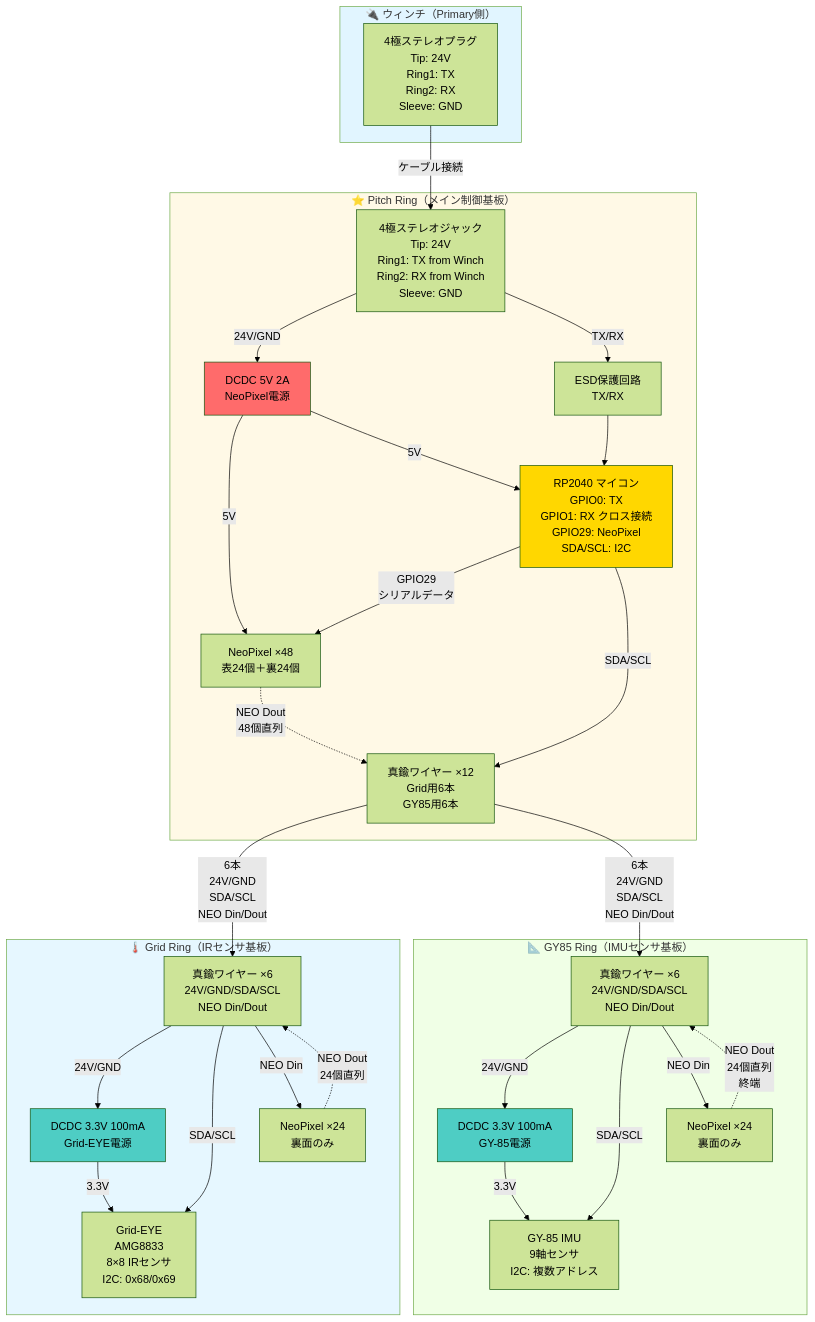
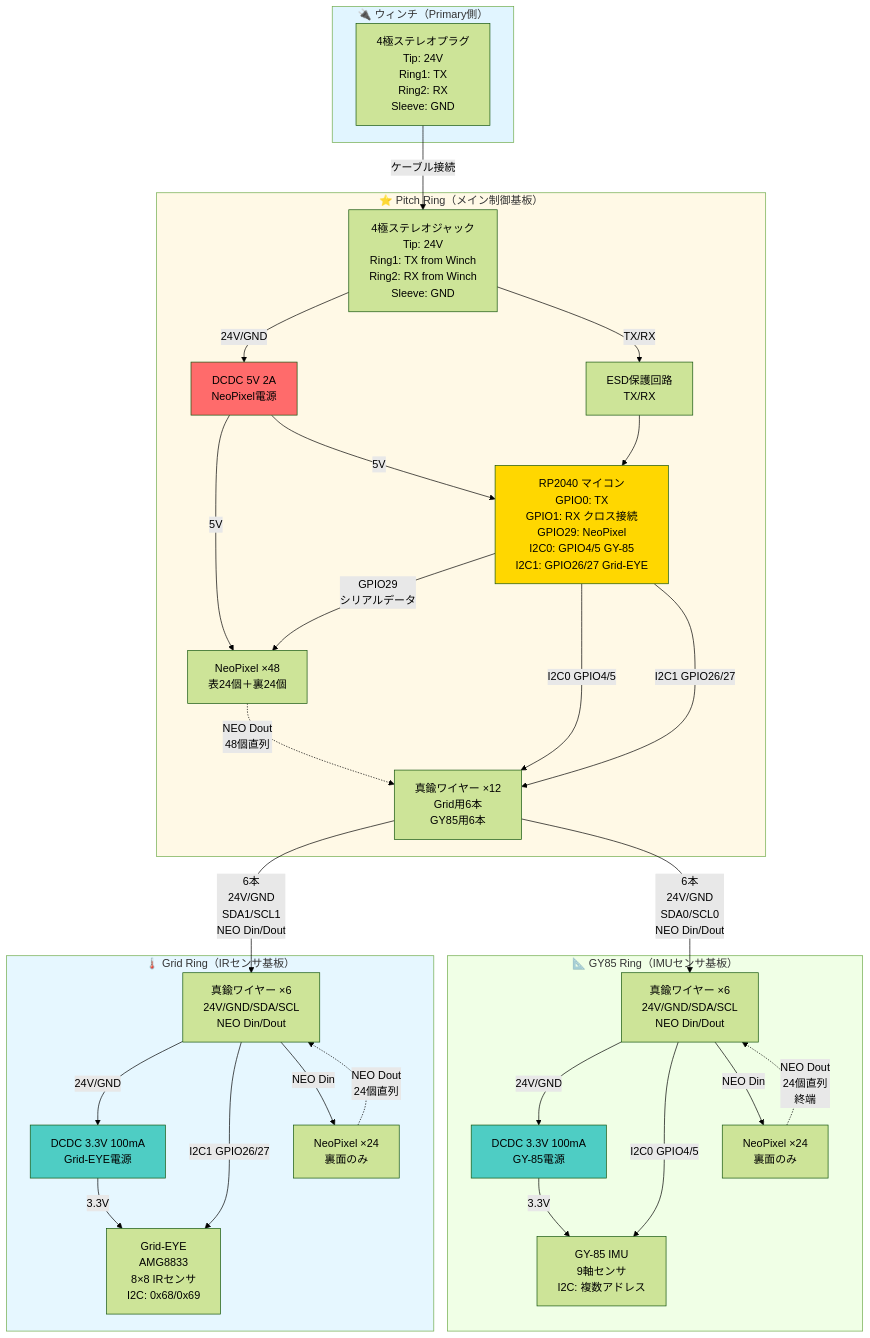
One commit to kyopan/FU-Nagoya changed the diagram in docs/tasks/evaluation-board-design.md. Above: the diagram before and after it, drawn with Mermaid (forest theme). The commit also changed other lines of this file and 1 other file, not shown here.

Commit message:
docs: add I2C pin assignments to evaluation board specs
- Add I2C0 (GPIO4/5) for GY-85 sensor
- Add I2C1 (GPIO26/27) for Grid-EYE sensor
- Update Mermaid diagram with separate I2C buses
- Update hardware specifications with detailed pin assignments
- Update wire signal details with GPIO numbers
- Clarify Pitch Ring has 12 wires (6 to Grid Ring + 6 to GY85 Ring)

🤖 Generated with [Claude Code](https://claude.com/claude-code)

````diff
--- a/docs/tasks/evaluation-board-design.md
+++ b/docs/tasks/evaluation-board-design.md
@@ -89,69 +89,70 @@
 ```mermaid
 graph TB
     subgraph Winch["🔌 ウィンチ（Primary側）"]
         WinchOut[4極ステレオプラグ<br/>Tip: 24V<br/>Ring1: TX<br/>Ring2: RX<br/>Sleeve: GND]
     end
 
     subgraph PitchRing["⭐ Pitch Ring（メイン制御基板）"]
         Jack[4極ステレオジャック<br/>Tip: 24V<br/>Ring1: TX from Winch<br/>Ring2: RX from Winch<br/>Sleeve: GND]
-        RP2040[RP2040 マイコン<br/>GPIO0: TX<br/>GPIO1: RX クロス接続<br/>GPIO29: NeoPixel<br/>SDA/SCL: I2C]
+        RP2040[RP2040 マイコン<br/>GPIO0: TX<br/>GPIO1: RX クロス接続<br/>GPIO29: NeoPixel<br/>I2C0: GPIO4/5 GY-85<br/>I2C1: GPIO26/27 Grid-EYE]
         DCDC5V[DCDC 5V 2A<br/>NeoPixel電源]
         NeoPitch[NeoPixel ×48<br/>表24個＋裏24個]
         WirePitch[真鍮ワイヤー ×12<br/>Grid用6本<br/>GY85用6本]
         ESD[ESD保護回路<br/>TX/RX]
     end
 
     subgraph GridRing["🌡️ Grid Ring（IRセンサ基板）"]
         WireGrid[真鍮ワイヤー ×6<br/>24V/GND/SDA/SCL<br/>NEO Din/Dout]
         DCDC3V_G[DCDC 3.3V 100mA<br/>Grid-EYE電源]
         GridEye[Grid-EYE<br/>AMG8833<br/>8×8 IRセンサ<br/>I2C: 0x68/0x69]
         NeoGrid[NeoPixel ×24<br/>裏面のみ]
     end
 
     subgraph GY85Ring["📐 GY85 Ring（IMUセンサ基板）"]
         WireGY[真鍮ワイヤー ×6<br/>24V/GND/SDA/SCL<br/>NEO Din/Dout]
         DCDC3V_GY[DCDC 3.3V 100mA<br/>GY-85電源]
         GY85[GY-85 IMU<br/>9軸センサ<br/>I2C: 複数アドレス]
         NeoGY[NeoPixel ×24<br/>裏面のみ]
     end
 
     %% ウィンチ → Pitch Ring
     WinchOut -->|ケーブル接続| Jack
     Jack -->|24V/GND| DCDC5V
     Jack -->|TX/RX| ESD
     ESD --> RP2040
 
     %% Pitch Ring内部
     DCDC5V -->|5V| NeoPitch
     DCDC5V -->|5V| RP2040
     RP2040 -->|GPIO29<br/>シリアルデータ| NeoPitch
-    RP2040 -->|SDA/SCL| WirePitch
+    RP2040 -->|I2C0 GPIO4/5| WirePitch
+    RP2040 -->|I2C1 GPIO26/27| WirePitch
 
     %% Pitch Ring → Grid Ring
-    WirePitch -->|6本<br/>24V/GND<br/>SDA/SCL<br/>NEO Din/Dout| WireGrid
+    WirePitch -->|6本<br/>24V/GND<br/>SDA1/SCL1<br/>NEO Din/Dout| WireGrid
     WireGrid -->|24V/GND| DCDC3V_G
-    WireGrid -->|SDA/SCL| GridEye
+    WireGrid -->|I2C1 GPIO26/27| GridEye
     WireGrid -->|NEO Din| NeoGrid
     DCDC3V_G -->|3.3V| GridEye
 
     %% Pitch Ring → GY85 Ring
-    WirePitch -->|6本<br/>24V/GND<br/>SDA/SCL<br/>NEO Din/Dout| WireGY
+    WirePitch -->|6本<br/>24V/GND<br/>SDA0/SCL0<br/>NEO Din/Dout| WireGY
     WireGY -->|24V/GND| DCDC3V_GY
-    WireGY -->|SDA/SCL| GY85
+    WireGY -->|I2C0 GPIO4/5| GY85
     WireGY -->|NEO Din| NeoGY
     DCDC3V_GY -->|3.3V| GY85
 
     %% NeoPixelチェーン
     NeoPitch -.->|NEO Dout<br/>48個直列| WirePitch
     NeoGrid -.->|NEO Dout<br/>24個直列| WireGrid
     NeoGY -.->|NEO Dout<br/>24個直列<br/>終端| WireGY
 
     style Winch fill:#e1f5ff
     style PitchRing fill:#fff9e6
     style GridRing fill:#e6f7ff
     style GY85Ring fill:#f0ffe6
     style RP2040 fill:#ffd700
     style DCDC5V fill:#ff6b6b
     style DCDC3V_G fill:#4ecdc4
     style DCDC3V_GY fill:#4ecdc4
 ```
````
